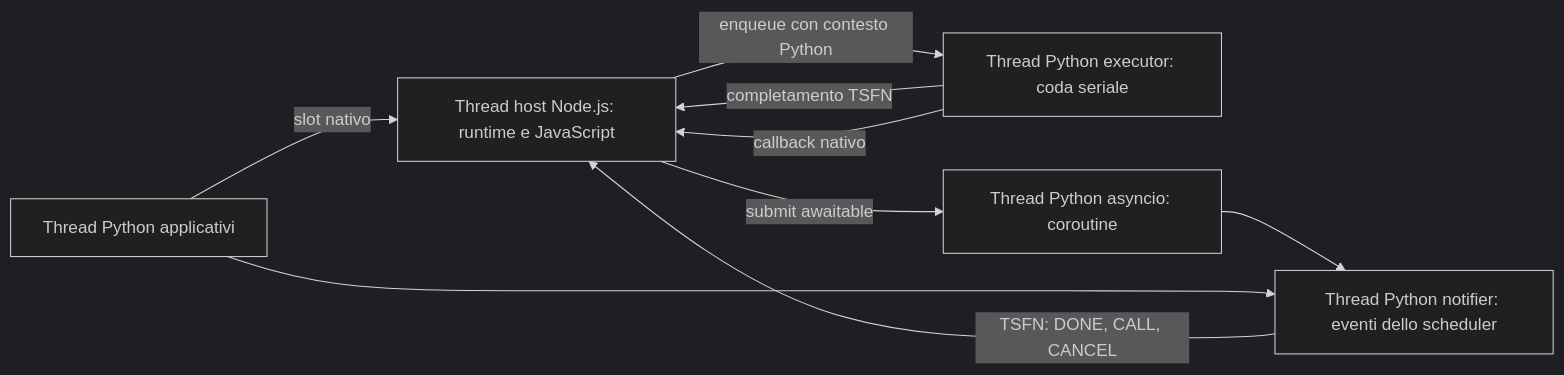
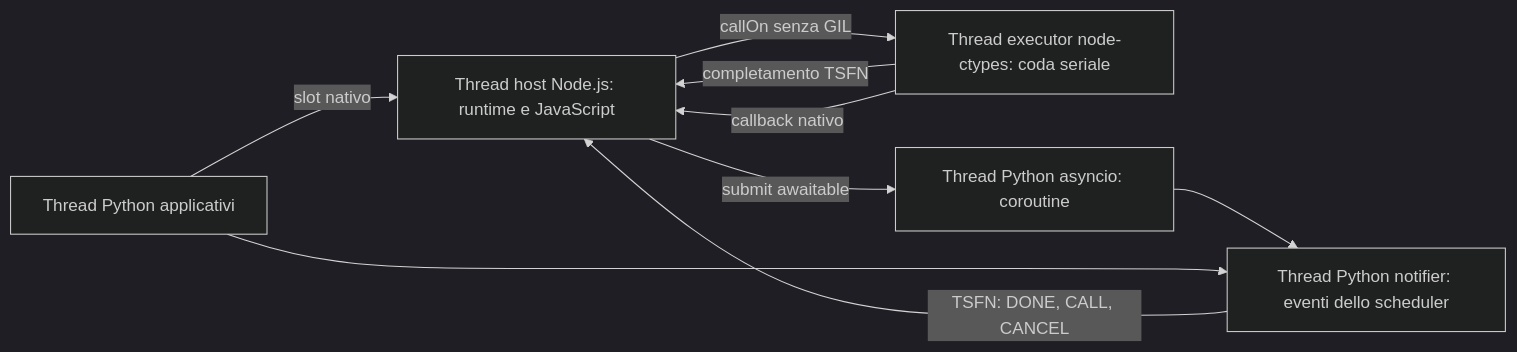
The first of 8 diagrams in FLOWS.md (dmazzella/node-python), drawn with Mermaid (dark theme) before and after one commit. The commit also changed other lines of this file and 14 other files, not shown here.

First line of the commit message:
Release 0.2.0: requests on a node-ctypes Executor, output to the console

````diff
--- a/FLOWS.md
+++ b/FLOWS.md
@@ -45,16 +45,16 @@
 ```mermaid
 flowchart LR
     HOST["Thread host Node.js: runtime e JavaScript"]
-    EX["Thread Python executor: coda seriale"]
+    EX["Thread executor node-ctypes: coda seriale"]
     LOOP["Thread Python asyncio: coroutine"]
     NOTIFY["Thread Python notifier: eventi dello scheduler"]
     OTHER["Thread Python applicativi"]
-    HOST -->|"enqueue con contesto Python"| EX
+    HOST -->|"callOn senza GIL"| EX
     EX -->|"completamento TSFN"| HOST
     HOST -->|"submit awaitable"| LOOP
     LOOP --> NOTIFY
     OTHER --> NOTIFY
     NOTIFY -->|"TSFN: DONE, CALL, CANCEL"| HOST
     EX -->|"callback nativo"| HOST
     OTHER -->|"slot nativo"| HOST
 ```
````
